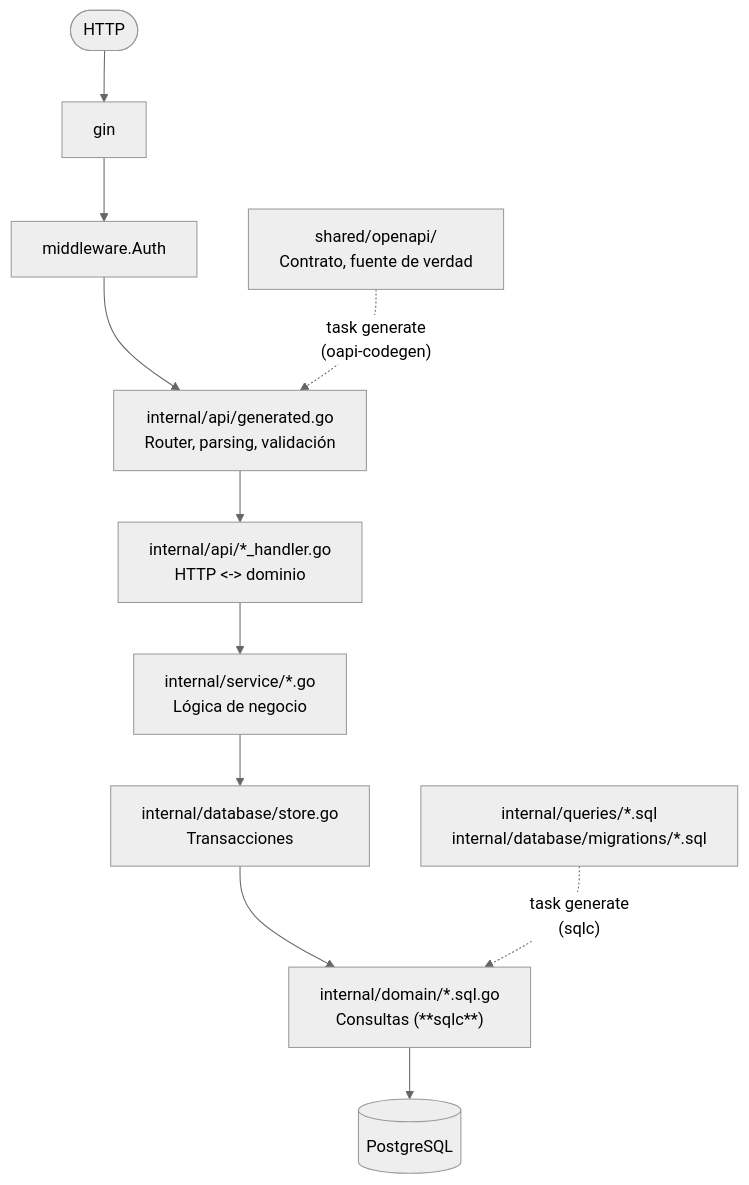
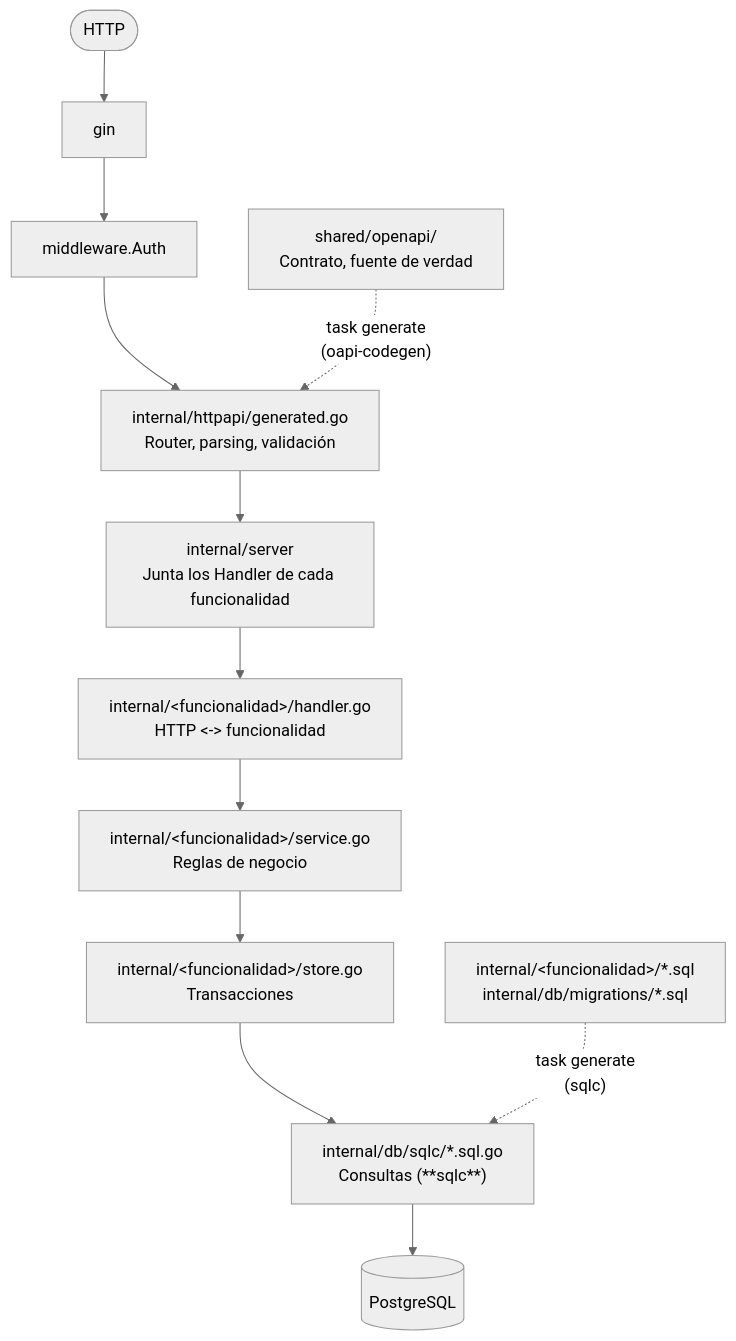
Before and after one commit to ClubTECLA/Tijuana-Reporta: the diagram in backend/GUIA_ENDPOINTS.md, drawn with Mermaid (neutral theme). The commit also changed other lines of this file and 4 other files, not shown here.

````diff
--- a/backend/GUIA_ENDPOINTS.md
+++ b/backend/GUIA_ENDPOINTS.md
@@ -14,17 +15,18 @@
 ```mermaid
 flowchart TD
     spec["shared/openapi/<br/>Contrato, fuente de verdad"]
-    sql["internal/queries/*.sql<br/>internal/database/migrations/*.sql"]
+    sql["internal/&lt;funcionalidad&gt;/*.sql<br/>internal/db/migrations/*.sql"]
 
     client(["HTTP"]) --> gin["gin"]
     gin --> auth["middleware.Auth"]
-    auth --> gen["internal/api/generated.go<br/>Router, parsing, validación"]
-    gen --> handler["internal/api/*_handler.go<br/>HTTP <-> dominio"]
-    handler --> service["internal/service/*.go<br/>Lógica de negocio"]
-    service --> store["internal/database/store.go<br/>Transacciones"]
-    store --> queries["internal/domain/*.sql.go<br/>Consultas (**sqlc**)"]
+    auth --> gen["internal/httpapi/generated.go<br/>Router, parsing, validación"]
+    gen --> server["internal/server<br/>Junta los Handler de cada funcionalidad"]
+    server --> handler["internal/&lt;funcionalidad&gt;/handler.go<br/>HTTP <-> funcionalidad"]
+    handler --> service["internal/&lt;funcionalidad&gt;/service.go<br/>Reglas de negocio"]
+    service --> store["internal/&lt;funcionalidad&gt;/store.go<br/>Transacciones"]
+    store --> queries["internal/db/sqlc/*.sql.go<br/>Consultas (**sqlc**)"]
     queries --> db[("PostgreSQL")]
 
     spec -. "task generate<br/>(oapi-codegen)" .-> gen
     sql -. "task generate<br/>(sqlc)" .-> queries
 ```
````
